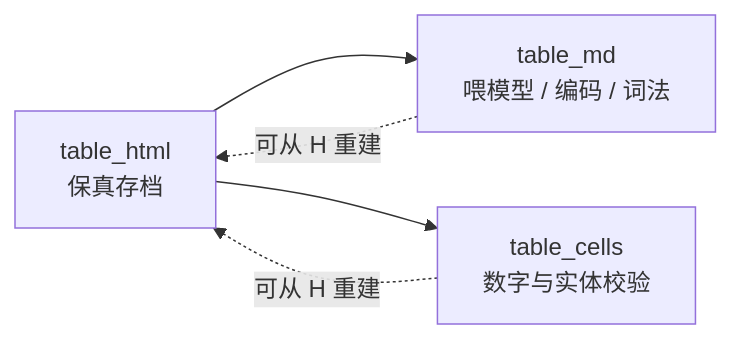
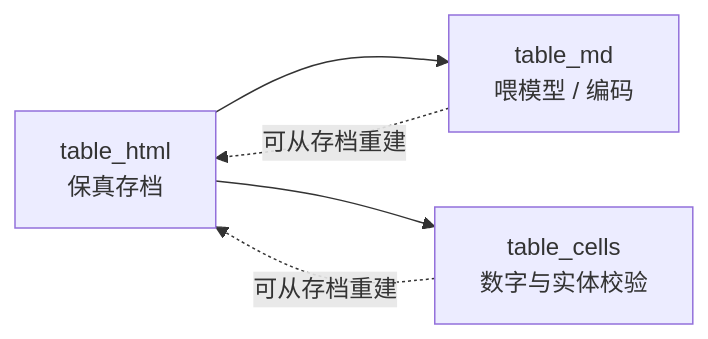
One commit to kvchen95/ai-rag changed the sixth of 16 diagrams in 详细设计.md. Above: the diagram before and after it, drawn with Mermaid. The commit also changed other lines of this file and 4 other files, not shown here.

First line of the commit message:
docs: 按当前实现重写架构图集、概要设计与详细设计

````diff
--- a/详细设计.md
+++ b/详细设计.md
@@ -203,7 +208,7 @@
 ```mermaid
 flowchart LR
-    H["table_html<br/>保真存档"] --> M["table_md<br/>喂模型 / 编码 / 词法"]
+    H["table_html<br/>保真存档"] --> M["table_md<br/>喂模型 / 编码"]
     H --> C["table_cells<br/>数字与实体校验"]
-    M -.可从 H 重建.-> H
-    C -.可从 H 重建.-> H
+    M -.可从存档重建.-> H
+    C -.可从存档重建.-> H
 ```
````
